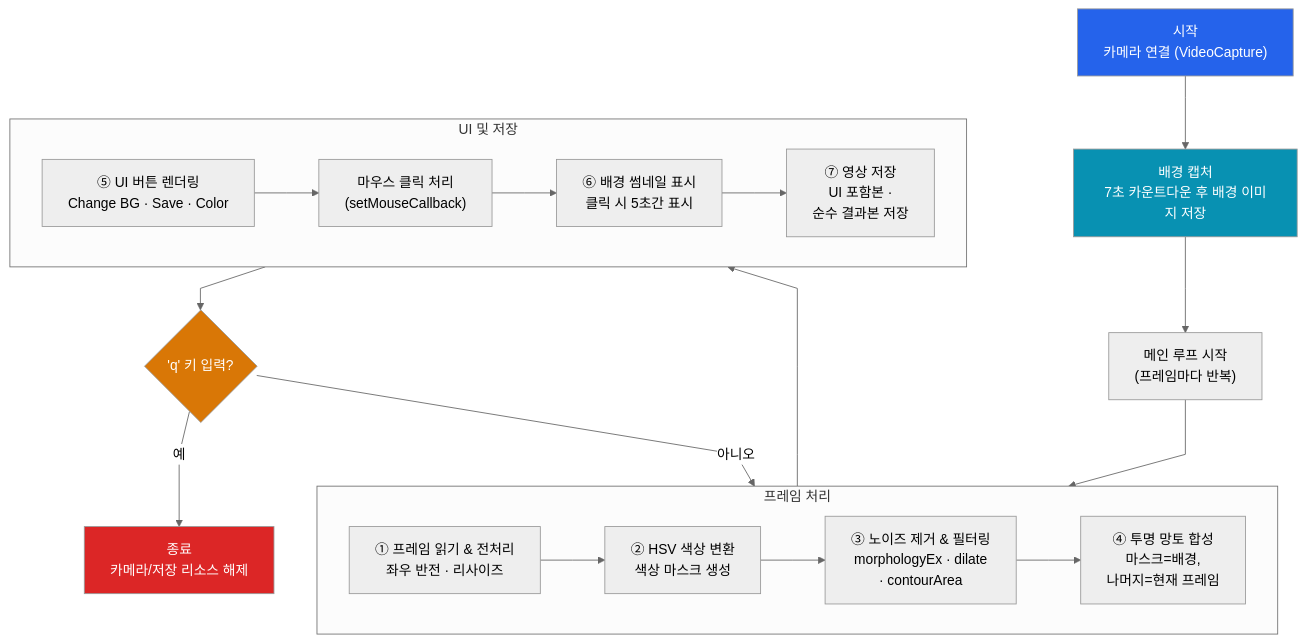
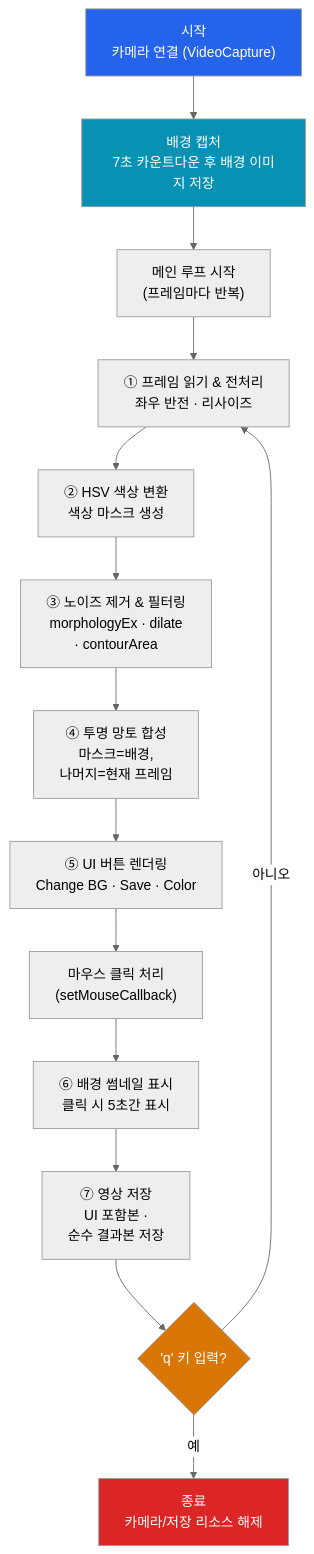
The diagram in README.md (2101080JUNGJINYOUNG/OpenCV-Invisibility-Cloak), drawn with Mermaid (neutral theme) before and after one commit.

````diff
--- a/README.md
+++ b/README.md
@@ -15,31 +15,21 @@
 ```mermaid
-%%{init: {"flowchart": {"curve": "linear"}}}%%
 flowchart TD
     A["시작<br/>카메라 연결 (VideoCapture)"] --> B["배경 캡처<br/>7초 카운트다운 후 배경 이미지 저장"]
     B --> C["메인 루프 시작<br/>(프레임마다 반복)"]
-
-    subgraph ROW1["프레임 처리"]
-        direction LR
-        C1["① 프레임 읽기 & 전처리<br/>좌우 반전 · 리사이즈"] --> C2["② HSV 색상 변환<br/>색상 마스크 생성"]
-        C2 --> C3["③ 노이즈 제거 & 필터링<br/>morphologyEx · dilate<br/>· contourArea"]
-        C3 --> C4["④ 투명 망토 합성<br/>마스크=배경,<br/>나머지=현재 프레임"]
-    end
-
-    subgraph ROW2["UI 및 저장"]
-        direction LR
-        C5["⑤ UI 버튼 렌더링<br/>Change BG · Save · Color"] --> C6["마우스 클릭 처리<br/>(setMouseCallback)"]
-        C6 --> C7["⑥ 배경 썸네일 표시<br/>클릭 시 5초간 표시"]
-        C7 --> C8["⑦ 영상 저장<br/>UI 포함본 ·<br/>순수 결과본 저장"]
-    end
-
-    C --> ROW1
-    ROW1 --> ROW2
-    ROW2 --> D{"'q' 키 입력?"}
-    D -- 아니오 --> ROW1
-    D -- 예 --> E["종료<br/>카메라/저장 리소스 해제"]
+    C --> C1["① 프레임 읽기 & 전처리<br/>좌우 반전 · 리사이즈"]
+    C1 --> C2["② HSV 색상 변환<br/>색상 마스크 생성"]
+    C2 --> C3["③ 노이즈 제거 & 필터링<br/>morphologyEx · dilate<br/>· contourArea"]
+    C3 --> C4["④ 투명 망토 합성<br/>마스크=배경,<br/>나머지=현재 프레임"]
+    C4 --> C5["⑤ UI 버튼 렌더링<br/>Change BG · Save · Color"]
+    C5 --> C6["마우스 클릭 처리<br/>(setMouseCallback)"]
+    C6 --> C7["⑥ 배경 썸네일 표시<br/>클릭 시 5초간 표시"]
+    C7 --> C8["⑦ 영상 저장<br/>UI 포함본 ·<br/>순수 결과본 저장"]
+    C8 --> D{"'q' 키 입력?"}
+    D -- "아니오" --> C1
+    D -- "예" --> E["종료<br/>카메라/저장 리소스 해제"]
 
     style A fill:#2563eb,color:#fff
     style B fill:#0891b2,color:#fff
     style D fill:#d97706,color:#fff
     style E fill:#dc2626,color:#fff
 ```
````
